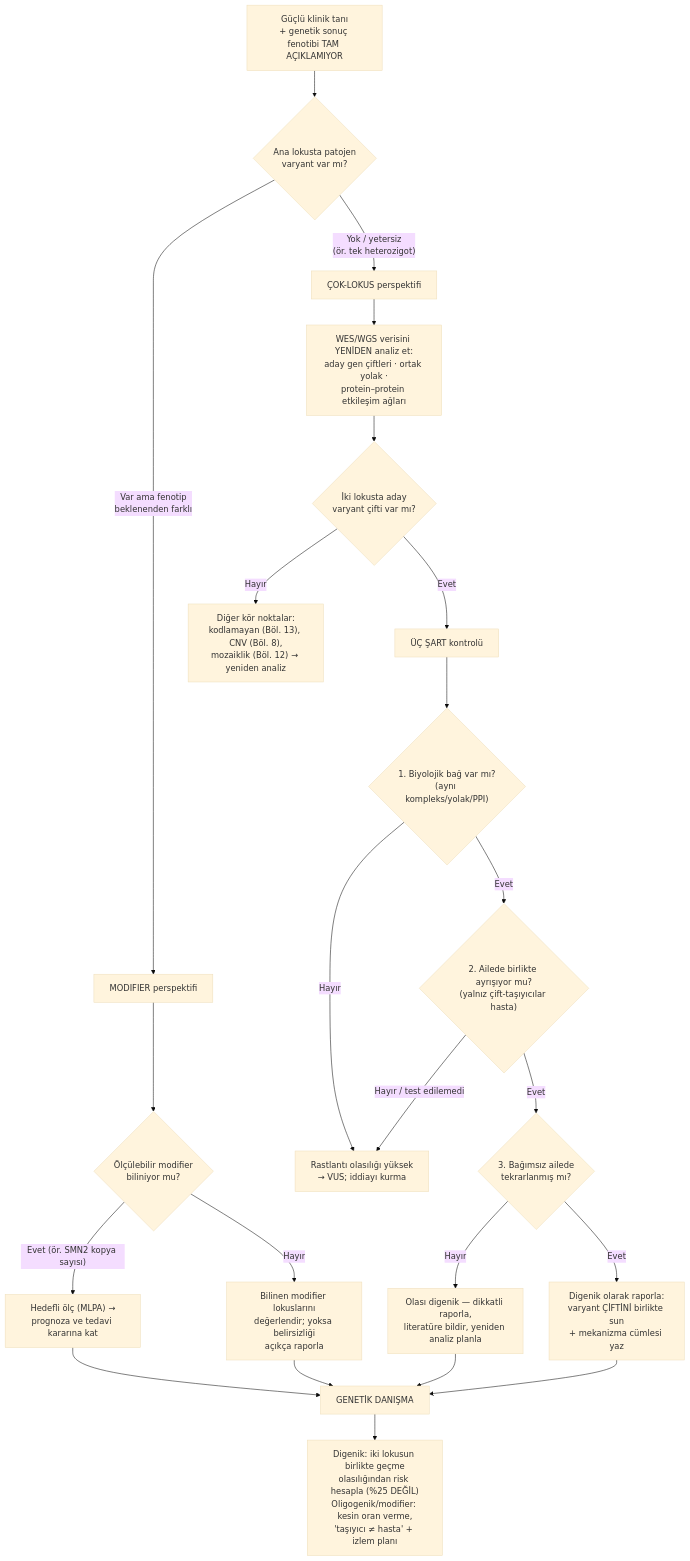
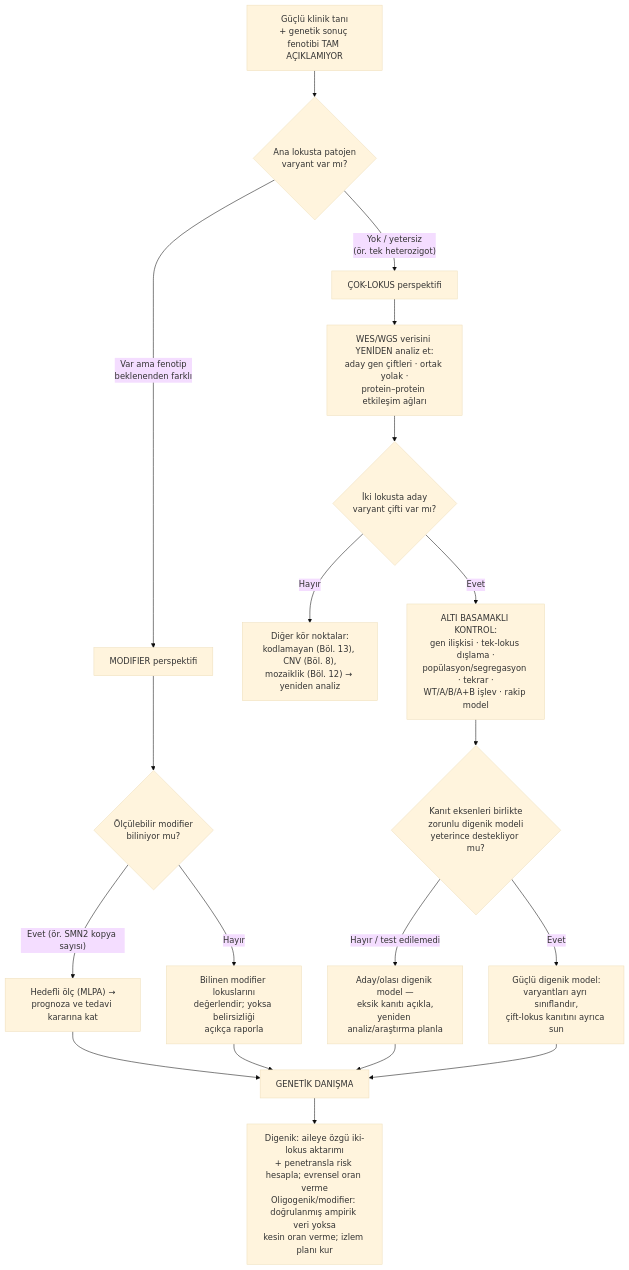
Before and after one commit to MDKalenderoglu/Mekanizma_Kitab-: the third of 3 diagrams in Bölüm_15_Digenik_Oligogenik_Modifier.md, drawn with Mermaid (base theme). The commit also changed other lines of this file and 10 other files, not shown here.

First line of the commit message:
Bölüm 15 digenik kanıt denetimini tamamla

````diff
--- a/Bölüm_15_Digenik_Oligogenik_Modifier.md
+++ b/Bölüm_15_Digenik_Oligogenik_Modifier.md
@@ -288,30 +293,26 @@
 ```mermaid
 flowchart TD
   A["Güçlü klinik tanı<br/>+ genetik sonuç fenotibi TAM AÇIKLAMIYOR"] --> B{"Ana lokusta patojen<br/>varyant var mı?"}
 
   B -->|"Var ama fenotip<br/>beklenenden farklı"| C["MODIFIER perspektifi"]
   B -->|"Yok / yetersiz<br/>(ör. tek heterozigot)"| D["ÇOK-LOKUS perspektifi"]
 
   C --> E{"Ölçülebilir modifier<br/>biliniyor mu?"}
   E -->|"Evet (ör. SMN2 kopya sayısı)"| F["Hedefli ölç (MLPA) →<br/>prognoza ve tedavi kararına kat"]
   E -->|"Hayır"| G["Bilinen modifier lokuslarını<br/>değerlendir; yoksa belirsizliği<br/>açıkça raporla"]
 
   D --> H["WES/WGS verisini YENİDEN analiz et:<br/>aday gen çiftleri · ortak yolak ·<br/>protein–protein etkileşim ağları"]
   H --> I{"İki lokusta aday<br/>varyant çifti var mı?"}
   I -->|"Hayır"| J["Diğer kör noktalar:<br/>kodlamayan (Böl. 13), CNV (Böl. 8),<br/>mozaiklik (Böl. 12) → yeniden analiz"]
-  I -->|"Evet"| K["ÜÇ ŞART kontrolü"]
+  I -->|"Evet"| K["ALTI BASAMAKLI KONTROL:<br/>gen ilişkisi · tek-lokus dışlama ·<br/>popülasyon/segregasyon · tekrar ·<br/>WT/A/B/A+B işlev · rakip model"]
 
-  K --> L{"1. Biyolojik bağ var mı?<br/>(aynı kompleks/yolak/PPI)"}
-  L -->|"Hayır"| M["Rastlantı olasılığı yüksek<br/>→ VUS; iddiayı kurma"]
-  L -->|"Evet"| N{"2. Ailede birlikte ayrışıyor mu?<br/>(yalnız çift-taşıyıcılar hasta)"}
-  N -->|"Hayır / test edilemedi"| M
-  N -->|"Evet"| O{"3. Bağımsız ailede<br/>tekrarlanmış mı?"}
-  O -->|"Hayır"| P["Olası digenik — dikkatli raporla,<br/>literatüre bildir, yeniden analiz planla"]
-  O -->|"Evet"| Q["Digenik olarak raporla:<br/>varyant ÇİFTİNİ birlikte sun<br/>+ mekanizma cümlesi yaz"]
+  K --> L{"Kanıt eksenleri birlikte<br/>zorunlu digenik modeli<br/>yeterince destekliyor mu?"}
+  L -->|"Hayır / test edilemedi"| P["Aday/olası digenik model —<br/>eksik kanıtı açıkla,<br/>yeniden analiz/araştırma planla"]
+  L -->|"Evet"| Q["Güçlü digenik model:<br/>varyantları ayrı sınıflandır,<br/>çift-lokus kanıtını ayrıca sun"]
 
   F --> R["GENETİK DANIŞMA"]
   G --> R
   P --> R
   Q --> R
-  R --> S["Digenik: iki lokusun birlikte geçme<br/>olasılığından risk hesapla (%25 DEĞİL)<br/>Oligogenik/modifier: kesin oran verme,<br/>'taşıyıcı ≠ hasta' + izlem planı"]
+  R --> S["Digenik: aileye özgü iki-lokus aktarımı<br/>+ penetransla risk hesapla; evrensel oran verme<br/>Oligogenik/modifier: doğrulanmış ampirik veri yoksa<br/>kesin oran verme; izlem planı kur"]
 ```
````
